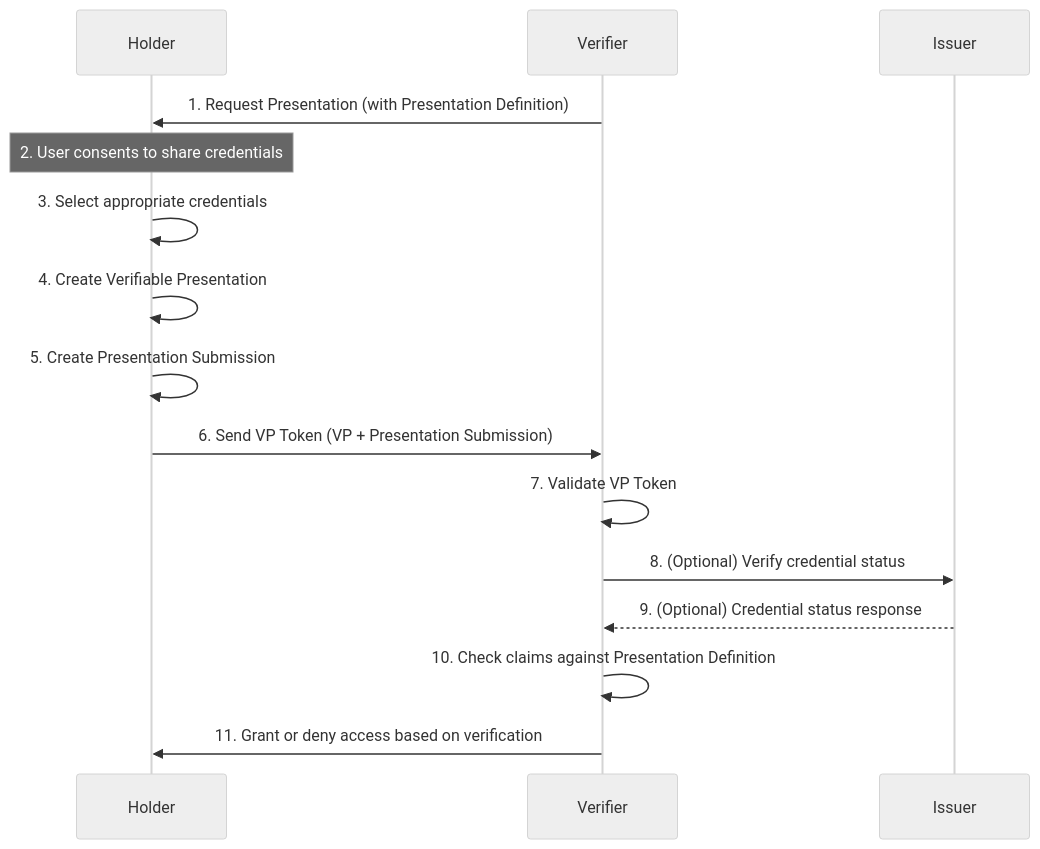
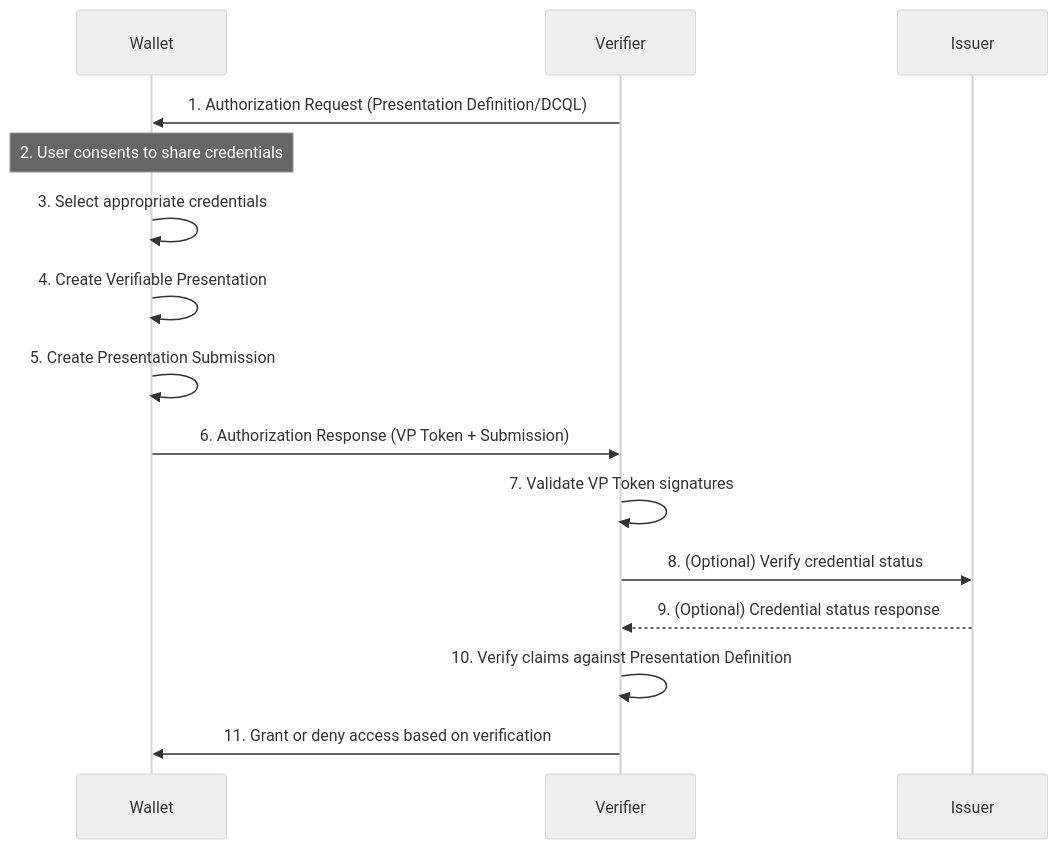
Before and after one commit to spruceid/openid4vp: the diagram in README.md, drawn with Mermaid (neutral theme). The commit also changed other lines of this file and 73 other files, not shown here.

````diff
--- a/README.md
+++ b/README.md
@@ -36,18 +238,18 @@
 ```mermaid
 sequenceDiagram
-    participant Holder
+    participant Wallet
     participant Verifier
     participant Issuer
 
-    Verifier->>Holder: 1. Request Presentation (with Presentation Definition)
-    Note over Holder: 2. User consents to share credentials
-    Holder->>Holder: 3. Select appropriate credentials
-    Holder->>Holder: 4. Create Verifiable Presentation
-    Holder->>Holder: 5. Create Presentation Submission
-    Holder->>Verifier: 6. Send VP Token (VP + Presentation Submission)
-    Verifier->>Verifier: 7. Validate VP Token
+    Verifier->>Wallet: 1. Authorization Request (Presentation Definition/DCQL)
+    Note over Wallet: 2. User consents to share credentials
+    Wallet->>Wallet: 3. Select appropriate credentials
+    Wallet->>Wallet: 4. Create Verifiable Presentation
+    Wallet->>Wallet: 5. Create Presentation Submission
+    Wallet->>Verifier: 6. Authorization Response (VP Token + Submission)
+    Verifier->>Verifier: 7. Validate VP Token signatures
     Verifier->>Issuer: 8. (Optional) Verify credential status
     Issuer-->>Verifier: 9. (Optional) Credential status response
-    Verifier->>Verifier: 10. Check claims against Presentation Definition
-    Verifier->>Holder: 11. Grant or deny access based on verification
+    Verifier->>Verifier: 10. Verify claims against Presentation Definition
+    Verifier->>Wallet: 11. Grant or deny access based on verification
 ```
````
